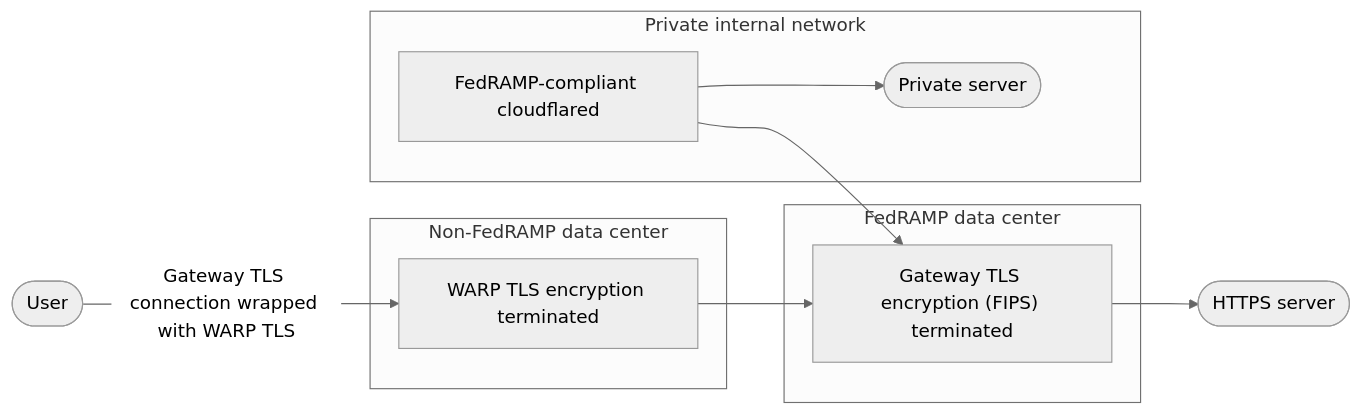
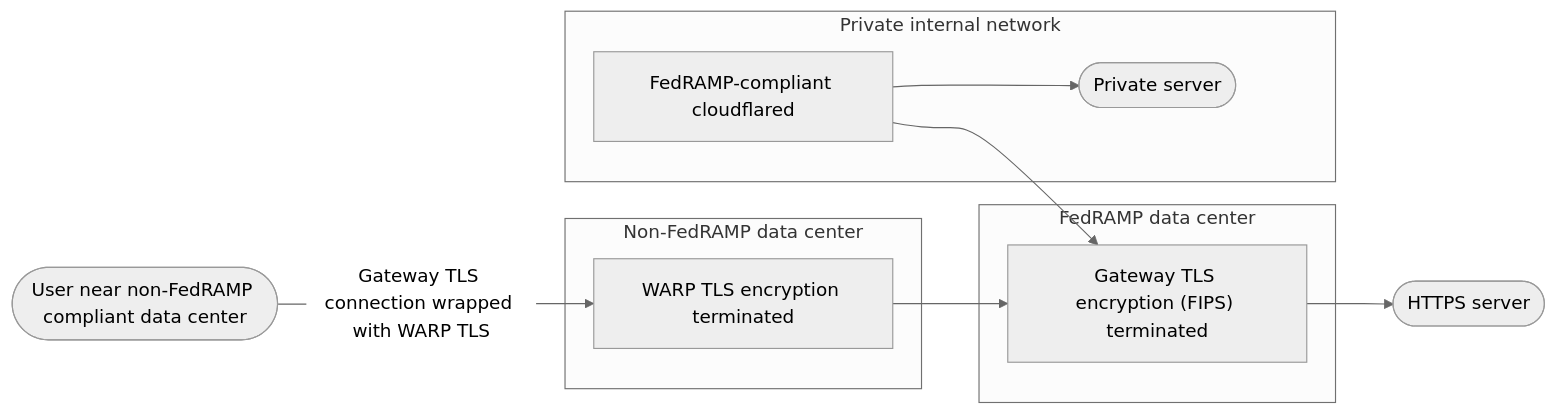
The diagram in src/content/docs/cloudflare-one/policies/gateway/http-policies/tls-decryption.mdx (cloudflare/cloudflare-docs), drawn with Mermaid (neutral theme) before and after one commit. The commit also changed other lines of this file, not shown here.

````diff
--- a/src/content/docs/cloudflare-one/policies/gateway/http-policies/tls-decryption.mdx
+++ b/src/content/docs/cloudflare-one/policies/gateway/http-policies/tls-decryption.mdx
@@ -122,19 +122,19 @@
 ```mermaid
 flowchart LR
  subgraph s1["Non-FedRAMP data center"]
         n2["WARP TLS encryption terminated"]
   end
  subgraph s2["FedRAMP data center"]
         n3["Gateway TLS encryption (FIPS) terminated"]
   end
  subgraph s3["Private internal network"]
         n5["FedRAMP-compliant cloudflared"]
         n6(["Private server"])
   end
-    n1(["User"]) -- Gateway TLS connection wrapped with WARP TLS --> n2
+    n1(["User near non-FedRAMP compliant data center"]) -- Gateway TLS connection wrapped with WARP TLS --> n2
     n2 --> n3
     n3 --> n4(["HTTPS server"])
     n5 --> n3 & n6
 
     n5@{ shape: rect}
 ```
````
